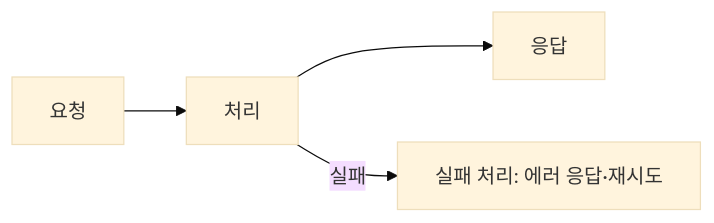
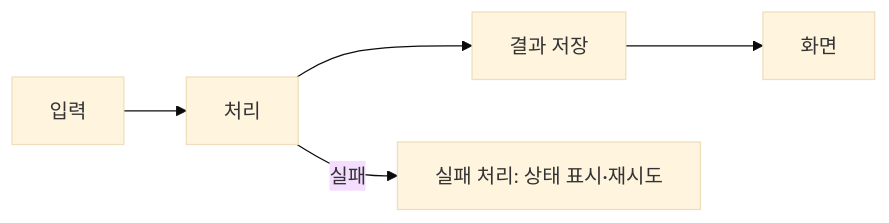
The diagram in docs/features/_template/design.md (merge-mates/patent-ai-workspace), drawn with Mermaid (base theme) before and after one commit. The commit also changed other lines of this file and 6 other files, not shown here.

````diff
--- a/docs/features/_template/design.md
+++ b/docs/features/_template/design.md
@@ -14,5 +18,5 @@
 ```mermaid
 flowchart LR
-    A[요청] --> B[처리] --> C[응답]
-    B -- 실패 --> D[실패 처리: 에러 응답·재시도]
+    A[입력] --> B[처리] --> C[결과 저장] --> D[화면]
+    B -- 실패 --> E[실패 처리: 상태 표시·재시도]
 ```
````
